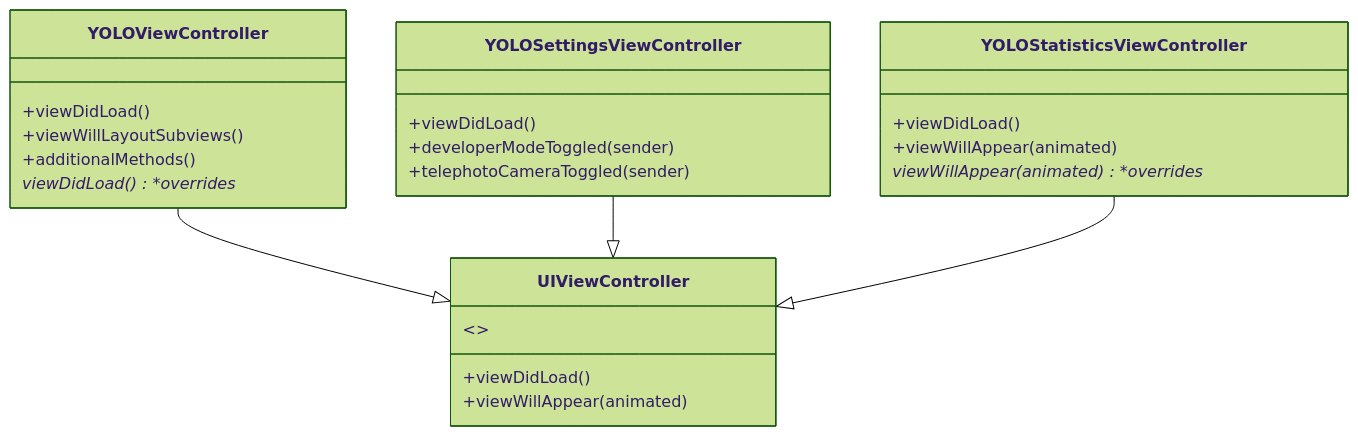
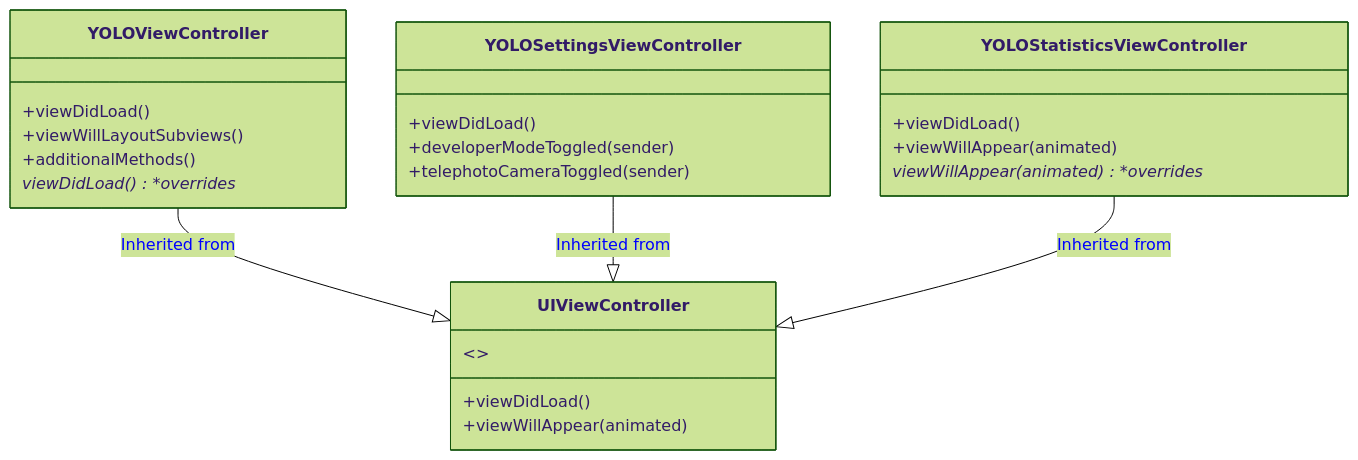
The seventh of 10 diagrams in Reversing_Engineer_through_Interfaces/Swift-generated_header_file_in_depth_in_Mermaid.md (CongLeSolutionX/iOS-development-vault), drawn with Mermaid (forest theme) before and after one commit.

Commit message:
update note with color code

````diff
--- a/Reversing_Engineer_through_Interfaces/Swift-generated_header_file_in_depth_in_Mermaid.md
+++ b/Reversing_Engineer_through_Interfaces/Swift-generated_header_file_in_depth_in_Mermaid.md
@@ -369,32 +369,37 @@
 ```mermaid
+%% %%   Notes:
+%% %%   - Blue arrows (`--|>`) represent inheritance.
+%% %%   - Green arrows (`..|>`) represent protocol conformance.
+%% %%   - Red Open diamonds arrows (`o--`) represent associations (usage/has-a relationships).
 classDiagram
     class UIViewController {
         +viewDidLoad()
         +viewWillAppear(animated)
     }
 
     class YOLOViewController {
         +viewDidLoad()
         +viewWillLayoutSubviews()
         +additionalMethods()
     }
-    YOLOViewController --|> UIViewController
+    YOLOViewController --|> UIViewController :  <font color=blue>Inherited from</font>
 
     class YOLOSettingsViewController {
         +viewDidLoad()
         +developerModeToggled(sender)
         +telephotoCameraToggled(sender)
     }
-    YOLOSettingsViewController --|> UIViewController
+    YOLOSettingsViewController --|> UIViewController :  <font color=blue>Inherited from</font>
 
     class YOLOStatisticsViewController {
         +viewDidLoad()
         +viewWillAppear(animated)
     }
-    YOLOStatisticsViewController --|> UIViewController
+    YOLOStatisticsViewController --|> UIViewController :  <font color=blue>Inherited from</font>
 
     %% Indicate overridden methods
     UIViewController : <<virtual>>
     YOLOViewController : viewDidLoad() *overrides*
     YOLOStatisticsViewController : viewWillAppear(animated) *overrides*
+
 ```
````
